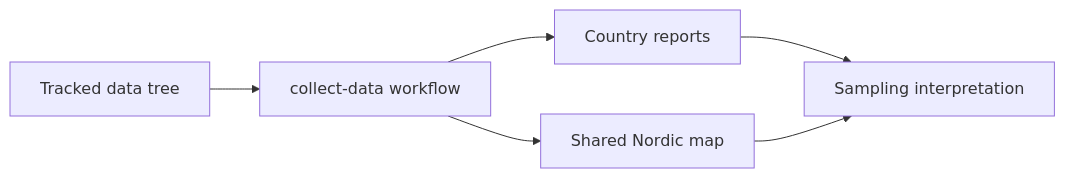
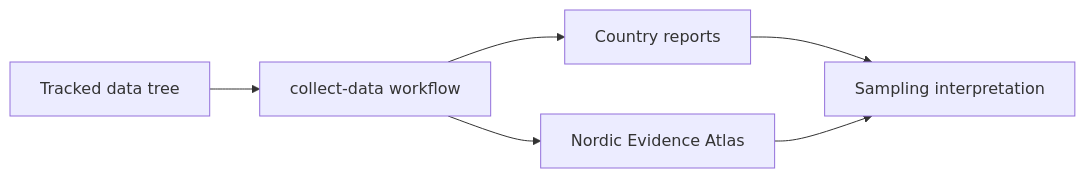
Before and after one commit to bijux/bijux-pollenomics: the first of 2 diagrams in docs/index.md, drawn with Mermaid. The commit also changed other lines of this file and 13 other files, not shown here.

Commit message:
docs(atlas): adopt nordic evidence atlas naming

````diff
--- a/docs/index.md
+++ b/docs/index.md
@@ -46,8 +46,8 @@
 ```mermaid
 flowchart LR
     Data[Tracked data tree] --> Prep[collect-data workflow]
     Prep --> Reports[Country reports]
-    Prep --> Map[Shared Nordic map]
+    Prep --> Map[Nordic Evidence Atlas]
     Reports --> Decisions[Sampling interpretation]
     Map --> Decisions
 ```
````
